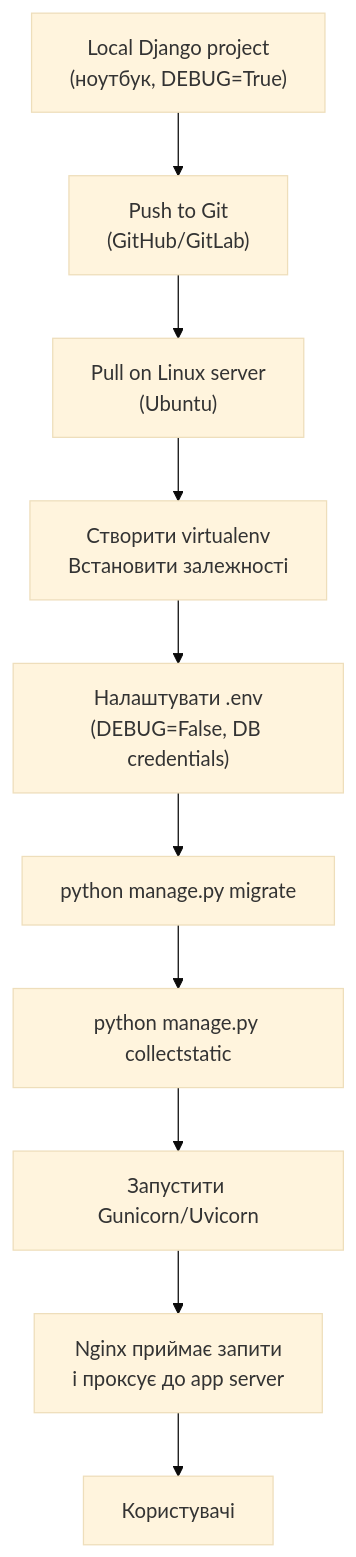
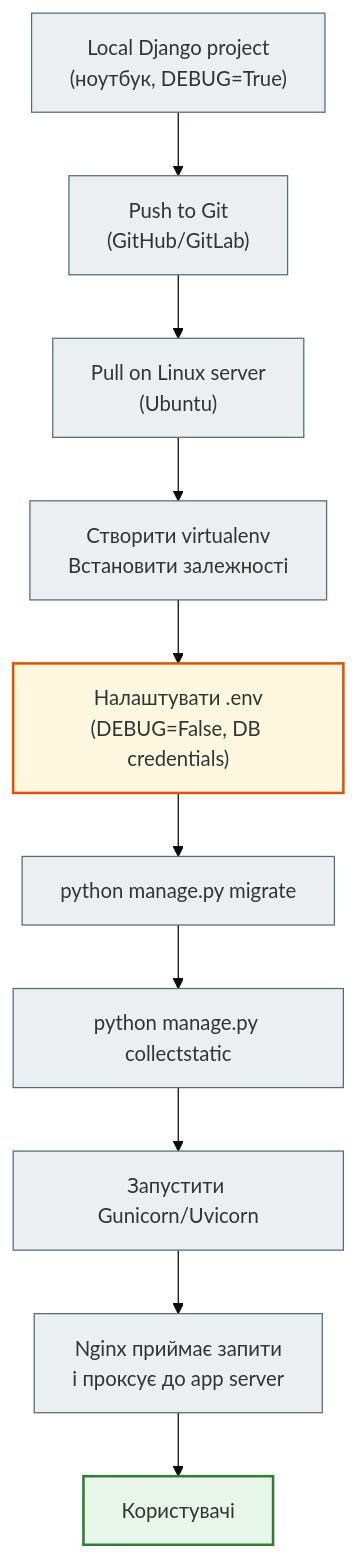
One commit to NikoriakViktot/notes_chat_app changed the diagram in docs/11_deployment/deploy_11_django_on_linux_full.md. Above: the diagram before and after it, drawn with Mermaid (base theme). The commit also changed 441 other files, not shown here.

First line of the commit message:
Add English version of the book, Mermaid standard, docs fixes

````diff
--- a/docs/11_deployment/deploy_11_django_on_linux_full.md
+++ b/docs/11_deployment/deploy_11_django_on_linux_full.md
@@ -15,12 +15,19 @@
 ```mermaid
 flowchart TD
-    Local["Local Django project\n(ноутбук, DEBUG=True)"] --> Git["Push to Git\n(GitHub/GitLab)"]
-    Git --> Server["Pull on Linux server\n(Ubuntu)"]
-    Server --> Venv["Створити virtualenv\nВстановити залежності"]
-    Venv --> Env["Налаштувати .env\n(DEBUG=False, DB credentials)"]
+    Local["Local Django project<br>(ноутбук, DEBUG=True)"] --> Git["Push to Git<br>(GitHub/GitLab)"]
+    Git --> Server["Pull on Linux server<br>(Ubuntu)"]
+    Server --> Venv["Створити virtualenv<br>Встановити залежності"]
+    Venv --> Env["Налаштувати .env<br>(DEBUG=False, DB credentials)"]
     Env --> Migrate["python manage.py migrate"]
     Migrate --> Static["python manage.py collectstatic"]
     Static --> AppServer["Запустити Gunicorn/Uvicorn"]
-    AppServer --> Nginx["Nginx приймає запити\nі проксує до app server"]
+    AppServer --> Nginx["Nginx приймає запити<br>і проксує до app server"]
     Nginx --> Users["Користувачі"]
+
+    classDef step     fill:#eceff1,stroke:#546e7a,stroke-width:1px;
+    classDef success  fill:#e8f5e9,stroke:#2e7d32,stroke-width:2px;
+    classDef warning  fill:#fff8e1,stroke:#e65100,stroke-width:2px;
+    class Local,Git,Server,Venv,Migrate,Static,AppServer,Nginx step;
+    class Users success;
+    class Env warning;
 ```
````
